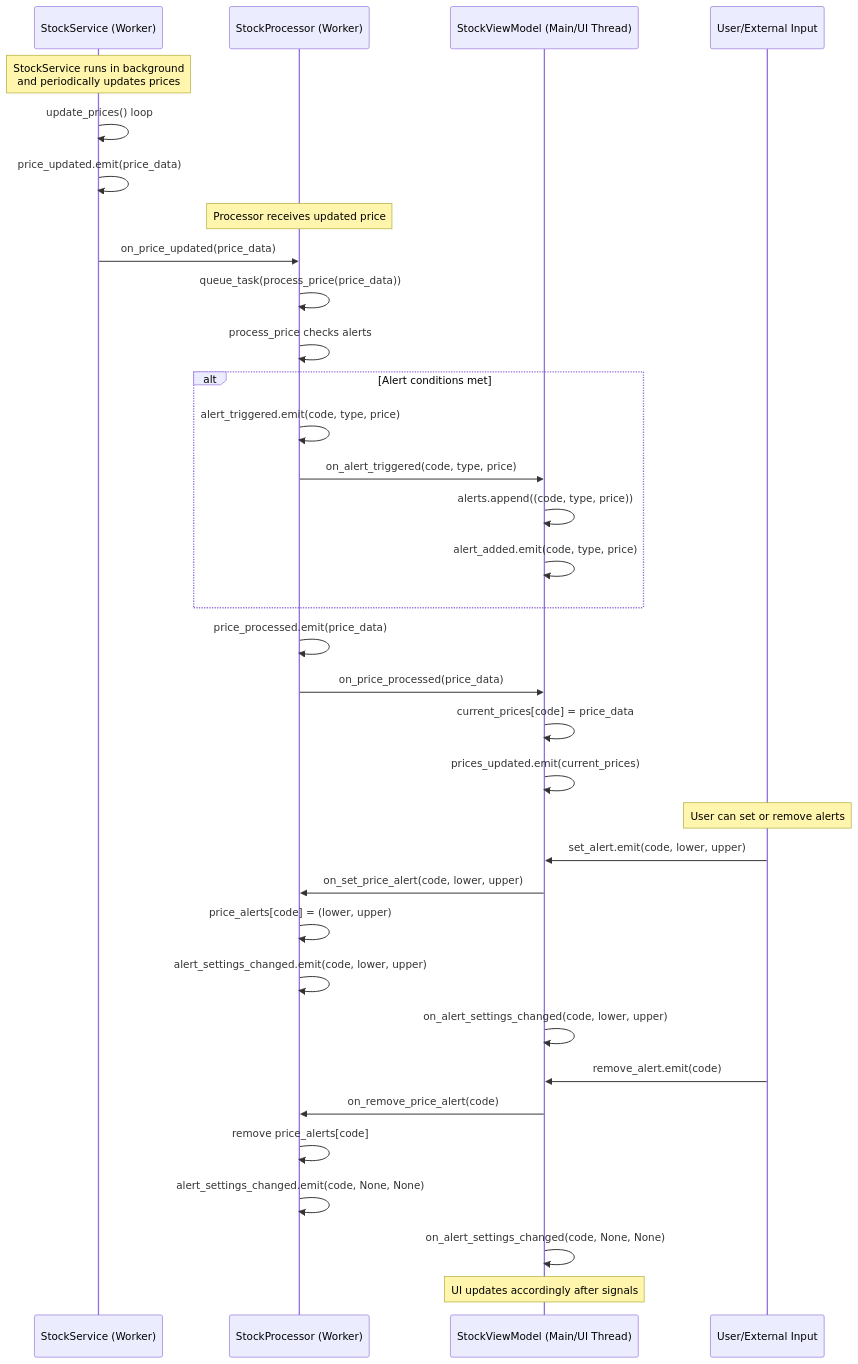
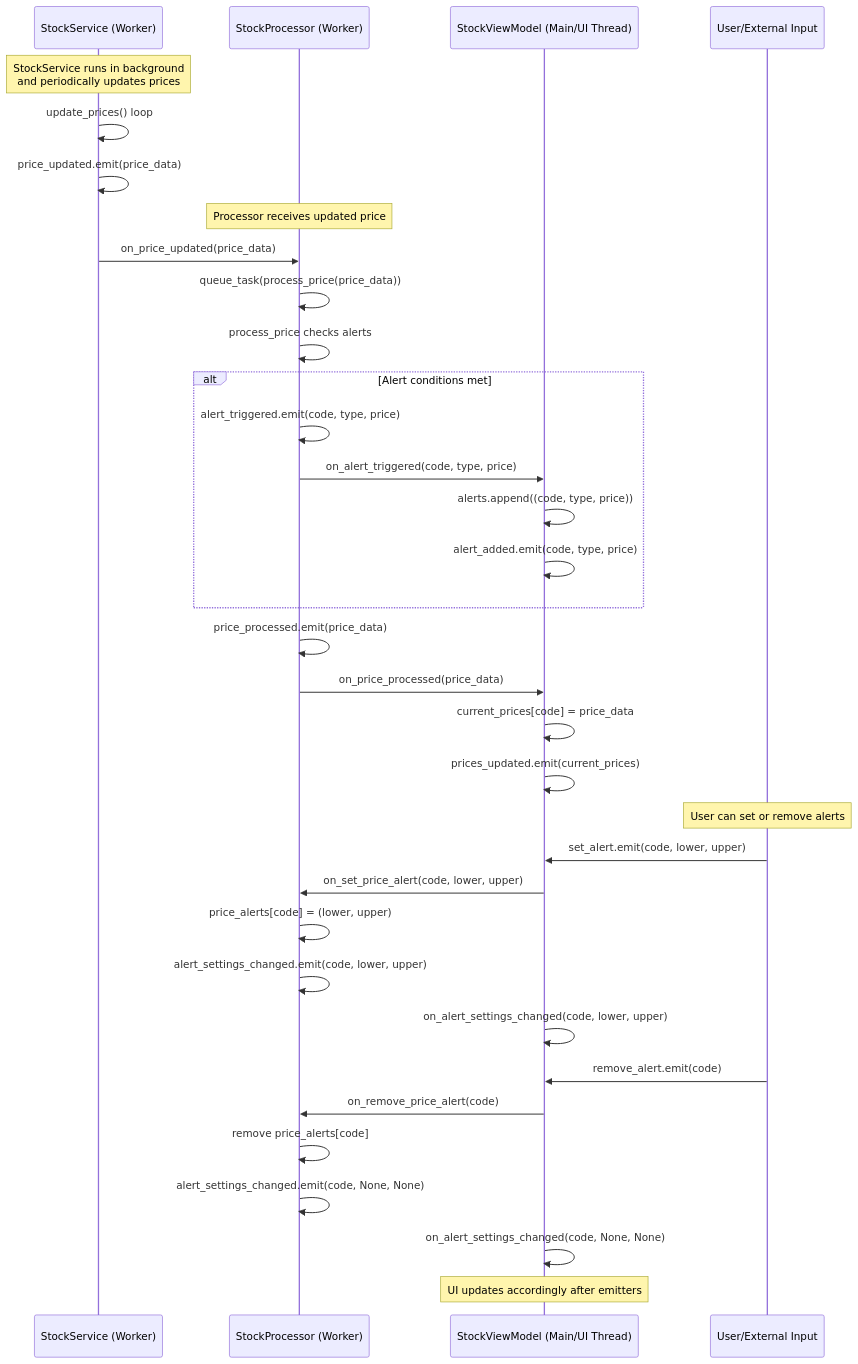
One commit to nexconnectio/pynnex changed diagram 12 of 12 in docs/examples.md. Above: the diagram before and after it, drawn with Mermaid. The commit also changed other lines of this file and 43 other files, not shown here.

````diff
--- a/docs/examples.md
+++ b/docs/examples.md
@@ -688,42 +696,42 @@
 ``` mermaid
 sequenceDiagram
     participant S as StockService (Worker)
     participant P as StockProcessor (Worker)
     participant VM as StockViewModel (Main/UI Thread)
     participant U as User/External Input
 
     Note over S: StockService runs in background<br>and periodically updates prices
     S->>S: update_prices() loop
     S->>S: price_updated.emit(price_data)
 
     Note over P: Processor receives updated price
     S->>P: on_price_updated(price_data)
     P->>P: queue_task(process_price(price_data))
     P->>P: process_price checks alerts
     alt Alert conditions met
         P->>P: alert_triggered.emit(code, type, price)
         P->>VM: on_alert_triggered(code, type, price)
         VM->>VM: alerts.append((code, type, price))
         VM->>VM: alert_added.emit(code, type, price)
     end
 
     P->>P: price_processed.emit(price_data)
     P->>VM: on_price_processed(price_data)
     VM->>VM: current_prices[code] = price_data
     VM->>VM: prices_updated.emit(current_prices)
 
     Note over U: User can set or remove alerts
     U->>VM: set_alert.emit(code, lower, upper)
     VM->>P: on_set_price_alert(code, lower, upper)
     P->>P: price_alerts[code] = (lower, upper)
     P->>P: alert_settings_changed.emit(code, lower, upper)
     VM->>VM: on_alert_settings_changed(code, lower, upper)
 
     U->>VM: remove_alert.emit(code)
     VM->>P: on_remove_price_alert(code)
     P->>P: remove price_alerts[code]
     P->>P: alert_settings_changed.emit(code, None, None)
     VM->>VM: on_alert_settings_changed(code, None, None)
 
-    Note over VM: UI updates accordingly after signals
+    Note over VM: UI updates accordingly after emitters
 ```
````
